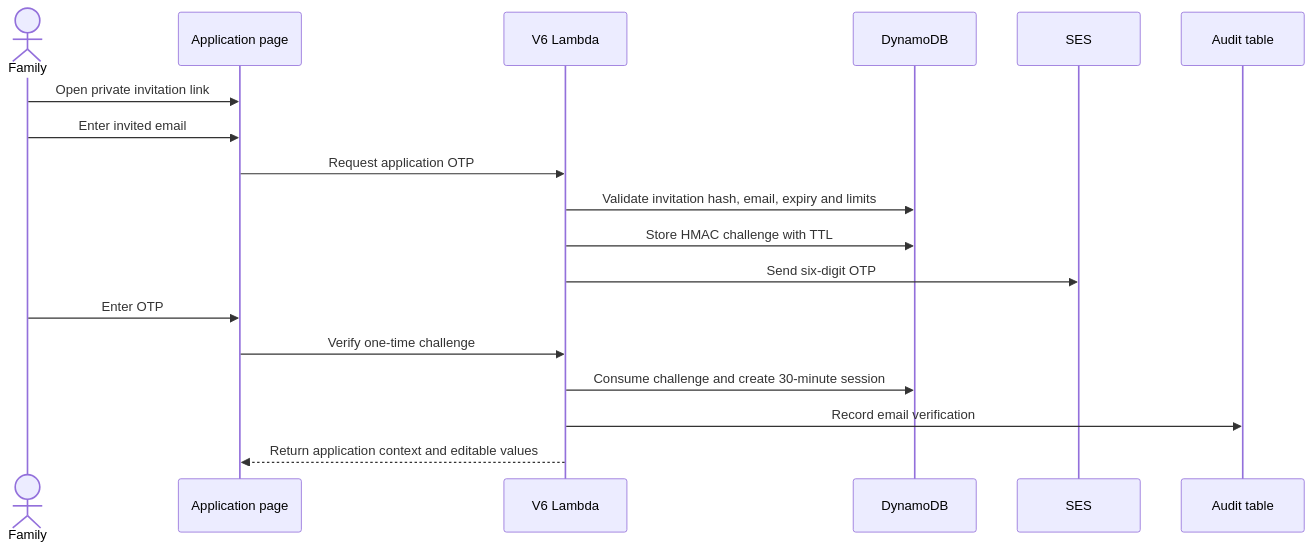
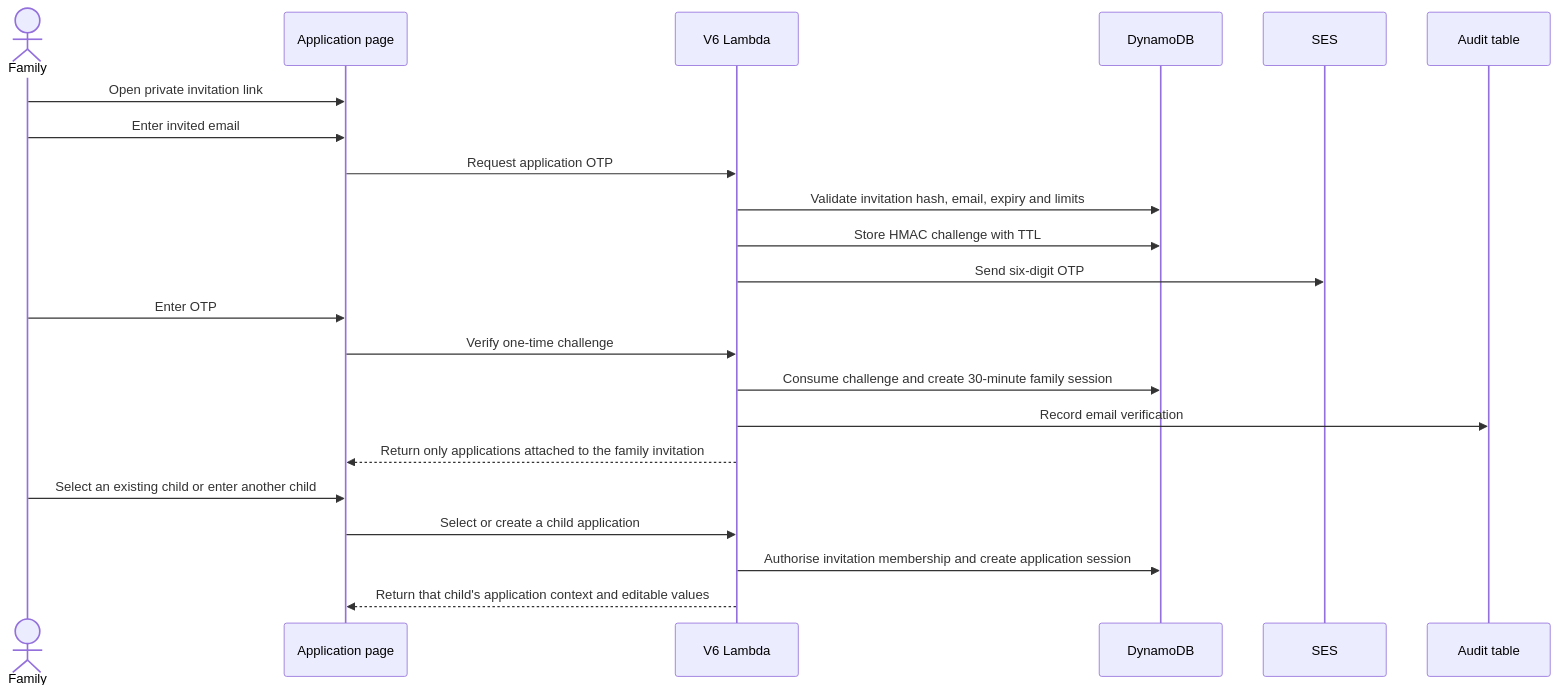
The sixth of 13 diagrams in Rosewood enrolment/v6/DATA-PROCESS-MAP.md (Martin-Reinoso/independentschoolwest), drawn with Mermaid before and after one commit. The commit also changed other lines of this file and 17 other files, not shown here.

````diff
--- a/Rosewood enrolment/v6/DATA-PROCESS-MAP.md
+++ b/Rosewood enrolment/v6/DATA-PROCESS-MAP.md
@@ -274,21 +290,25 @@
 ```mermaid
 sequenceDiagram
     actor Family
     participant Page as Application page
     participant API as V6 Lambda
     participant DB as DynamoDB
     participant SES as SES
     participant Audit as Audit table
 
     Family->>Page: Open private invitation link
     Family->>Page: Enter invited email
     Page->>API: Request application OTP
     API->>DB: Validate invitation hash, email, expiry and limits
     API->>DB: Store HMAC challenge with TTL
     API->>SES: Send six-digit OTP
     Family->>Page: Enter OTP
     Page->>API: Verify one-time challenge
-    API->>DB: Consume challenge and create 30-minute session
+    API->>DB: Consume challenge and create 30-minute family session
     API->>Audit: Record email verification
-    API-->>Page: Return application context and editable values
+    API-->>Page: Return only applications attached to the family invitation
+    Family->>Page: Select an existing child or enter another child
+    Page->>API: Select or create a child application
+    API->>DB: Authorise invitation membership and create application session
+    API-->>Page: Return that child's application context and editable values
 ```
````
